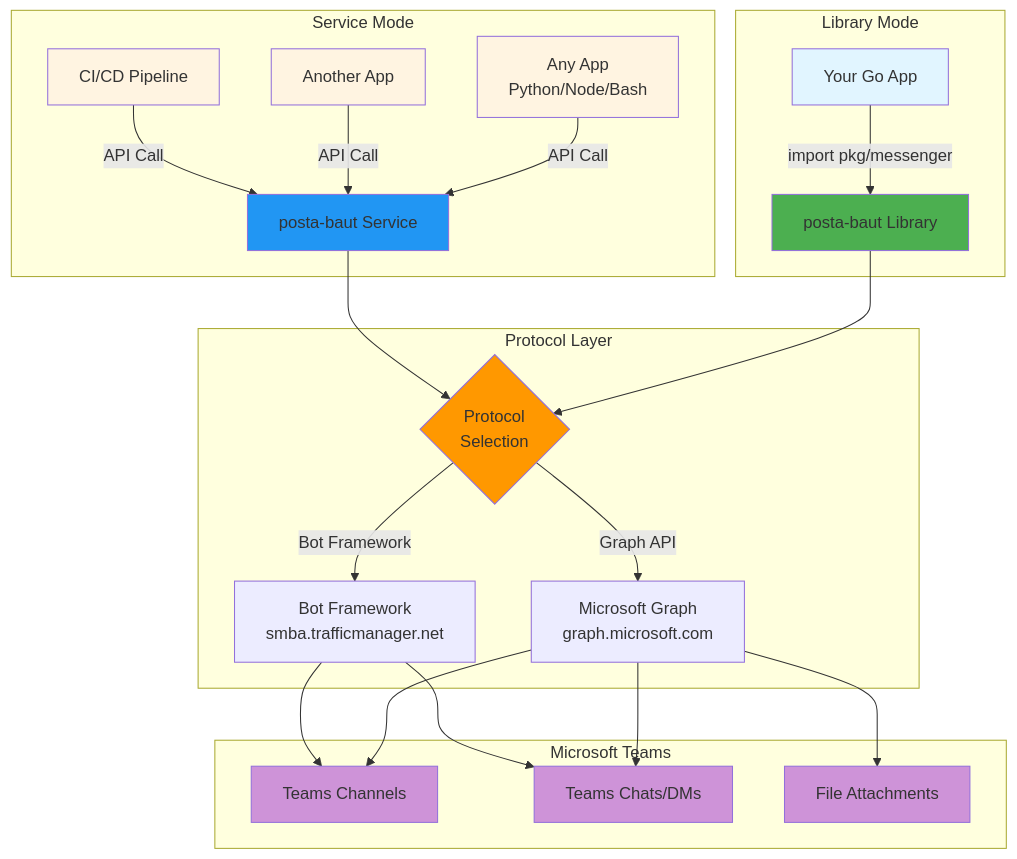
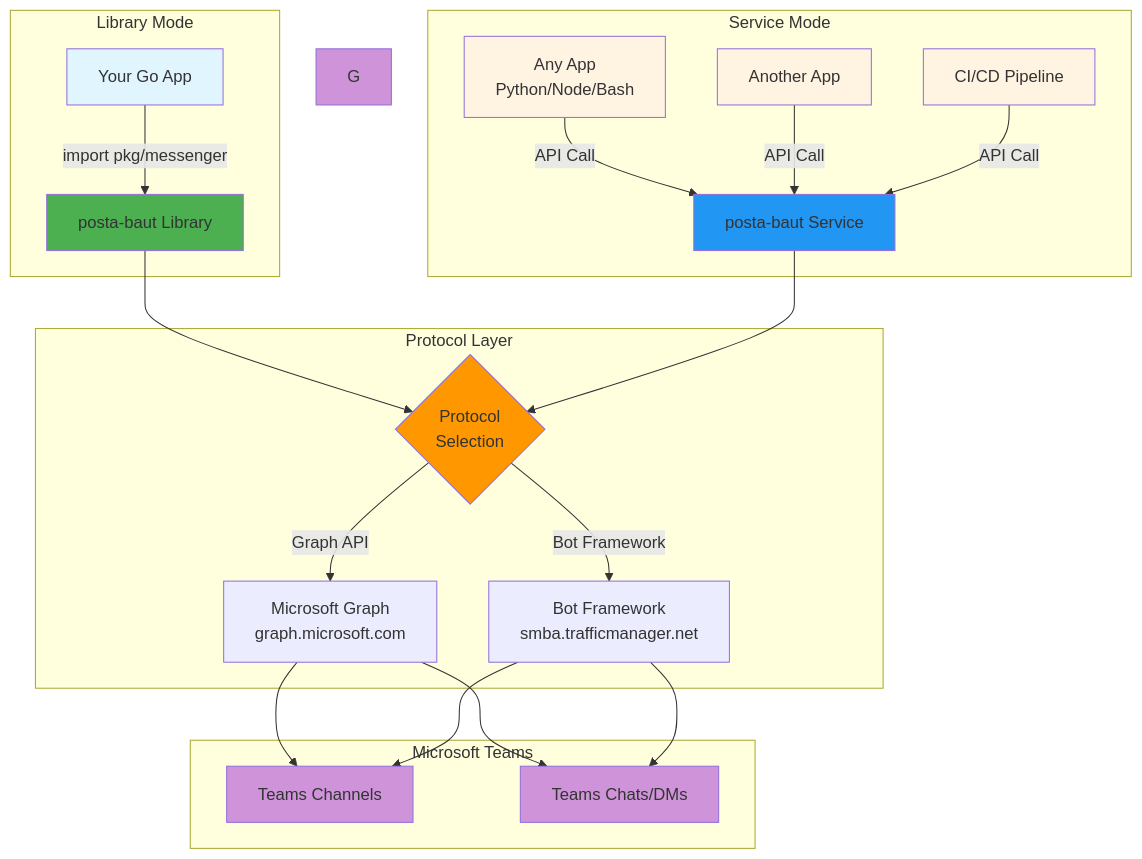
Before and after one commit to bautistv/posta-baut: the diagram in README.md, drawn with Mermaid. The commit also changed other lines of this file, not shown here.

````diff
--- a/README.md
+++ b/README.md
@@ -21,38 +21,37 @@
 ```mermaid
 graph TB
     subgraph "Library Mode"
         A1[Your Go App] -->|import pkg/messenger| B1[posta-baut Library]
     end
 
     subgraph "Service Mode"
         A2[Any App<br/>Python/Node/Bash] -->|API Call| B2[posta-baut Service]
         A3[Another App] -->|API Call| B2
         A4[CI/CD Pipeline] -->|API Call| B2
     end
 
     subgraph "Protocol Layer"
         B1 --> C{Protocol<br/>Selection}
         B2 --> C
         C -->|Graph API| D1[Microsoft Graph<br/>graph.microsoft.com]
         C -->|Bot Framework| D2[Bot Framework<br/>smba.trafficmanager.net]
     end
 
     subgraph "Microsoft Teams"
         D1 --> E[Teams Channels]
         D1 --> F[Teams Chats/DMs]
-        D1 --> G[File Attachments]
         D2 --> E
         D2 --> F
     end
 
     style A1 fill:#e1f5ff
     style A2 fill:#fff4e1
     style A3 fill:#fff4e1
     style A4 fill:#fff4e1
     style B1 fill:#4CAF50
     style B2 fill:#2196F3
     style C fill:#FF9800
     style E fill:#CE93D8
     style F fill:#CE93D8
     style G fill:#CE93D8
 ```
````
